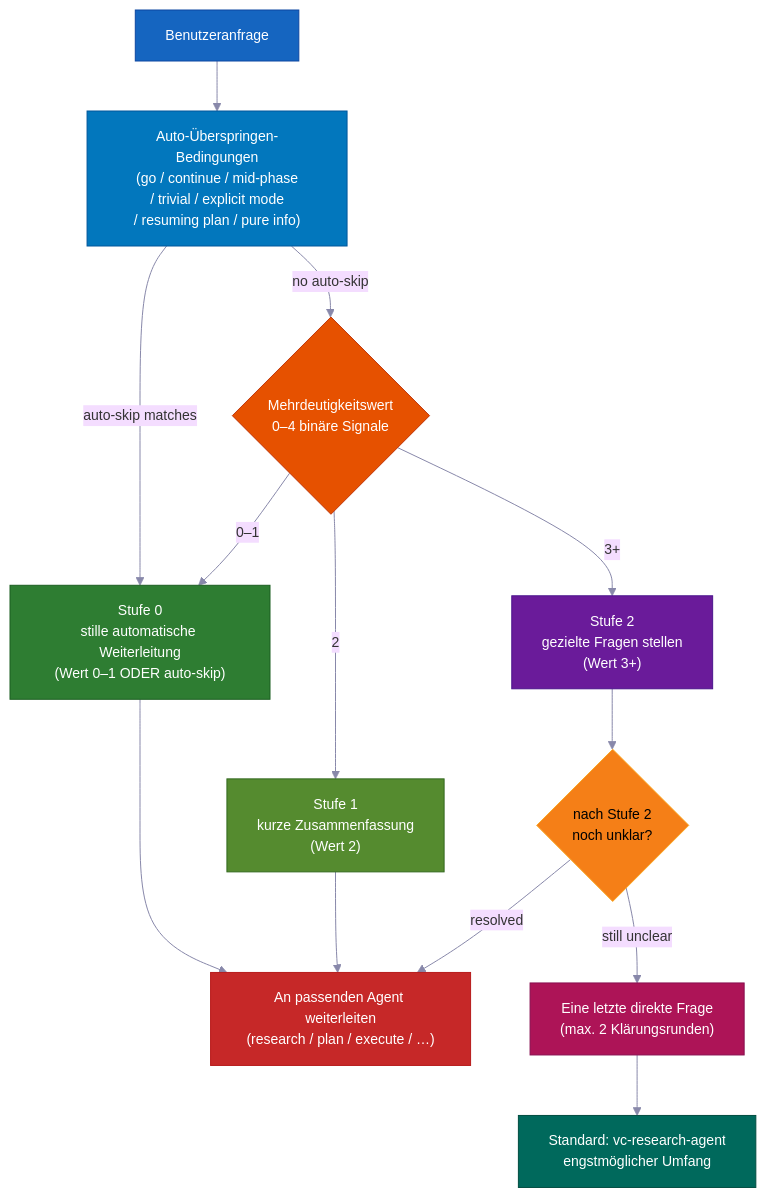
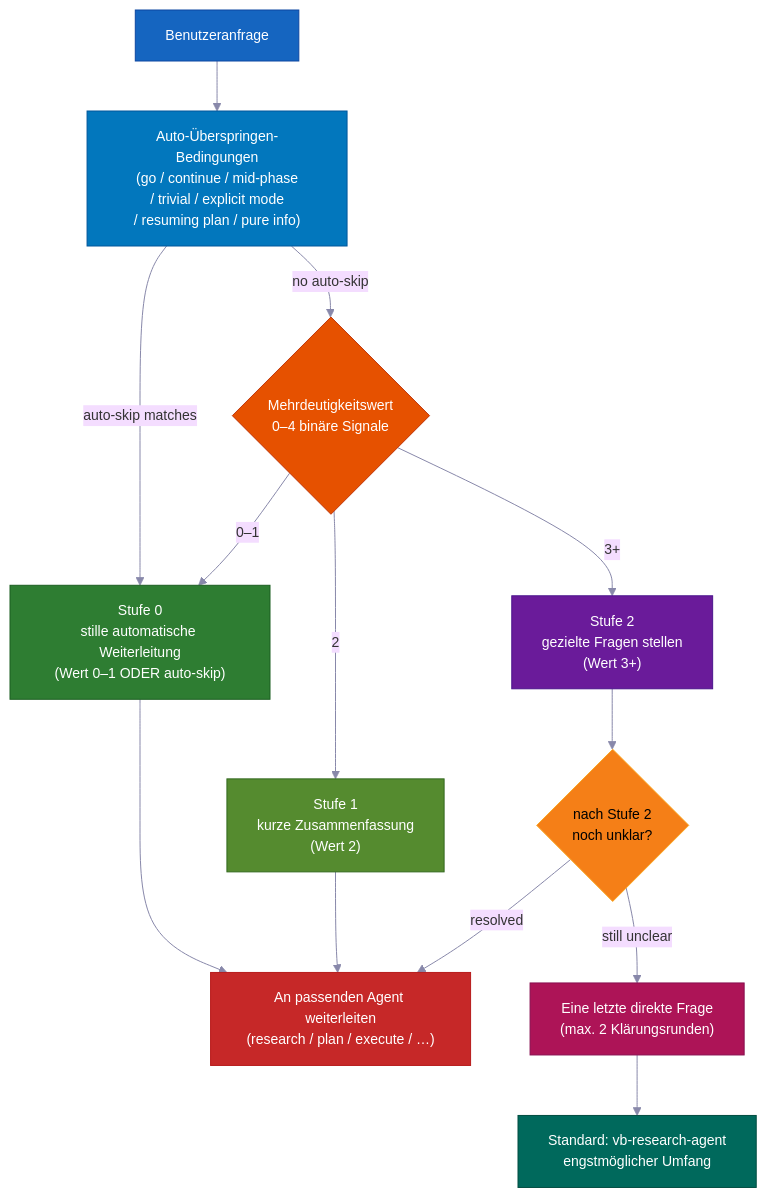
The fourth of 14 diagrams in docs/i18n/README.de.md (Tomwakeupat530amm/vibebelt-kit), drawn with Mermaid before and after one commit. The commit also changed other lines of this file and 646 other files, not shown here.

````diff
--- a/docs/i18n/README.de.md
+++ b/docs/i18n/README.de.md
@@ -691,37 +691,37 @@
 ```mermaid
 %%{init: {'theme': 'base', 'themeVariables': {'fontSize': '14px', 'lineColor': '#8888AA'}} }%%
 flowchart TD
     REQ["Benutzeranfrage"]
     SCORE{"Mehrdeutigkeitswert\n0–4 binäre Signale"}
     AUTO["Auto-Überspringen-Bedingungen\n(go / continue / mid-phase\n/ trivial / explicit mode\n/ resuming plan / pure info)"]
     T0["Stufe 0\nstille automatische Weiterleitung\n(Wert 0–1 ODER auto-skip)"]
     T1["Stufe 1\nkurze Zusammenfassung\n(Wert 2)"]
     T2["Stufe 2\ngezielte Fragen stellen\n(Wert 3+)"]
     ROUTE["An passenden Agent weiterleiten\n(research / plan / execute / …)"]
     STILL{"nach Stufe 2\nnoch unklar?"}
     FINAL["Eine letzte direkte Frage\n(max. 2 Klärungsrunden)"]
-    NARROW["Standard: vc-research-agent\nengstmöglicher Umfang"]
+    NARROW["Standard: vb-research-agent\nengstmöglicher Umfang"]
 
     REQ --> AUTO
     AUTO -->|"auto-skip matches"| T0
     AUTO -->|"no auto-skip"| SCORE
     SCORE -->|"0–1"| T0
     SCORE -->|"2"| T1
     SCORE -->|"3+"| T2
     T0 --> ROUTE
     T1 --> ROUTE
     T2 --> STILL
     STILL -->|"resolved"| ROUTE
     STILL -->|"still unclear"| FINAL --> NARROW
 
     style REQ fill:#1565C0,stroke:#0D47A1,color:#FFFFFF
     style AUTO fill:#0277BD,stroke:#01579B,color:#FFFFFF
     style SCORE fill:#E65100,stroke:#BF360C,color:#FFFFFF
     style T0 fill:#2E7D32,stroke:#1B5E20,color:#FFFFFF
     style T1 fill:#558B2F,stroke:#33691E,color:#FFFFFF
     style T2 fill:#6A1B9A,stroke:#4A148C,color:#FFFFFF
     style ROUTE fill:#C62828,stroke:#B71C1C,color:#FFFFFF
     style STILL fill:#F57F17,stroke:#F9A825,color:#000000
     style FINAL fill:#AD1457,stroke:#880E4F,color:#FFFFFF
     style NARROW fill:#00695C,stroke:#004D40,color:#FFFFFF
 ```
````
